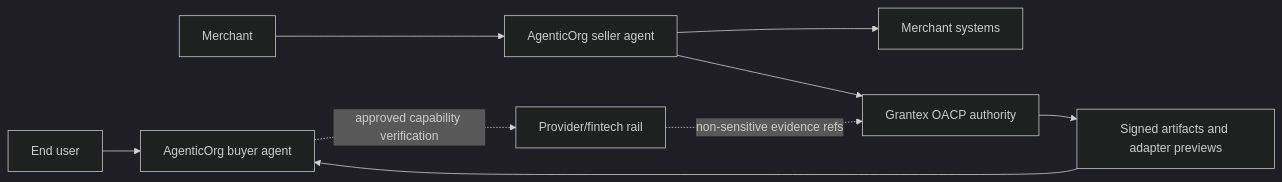
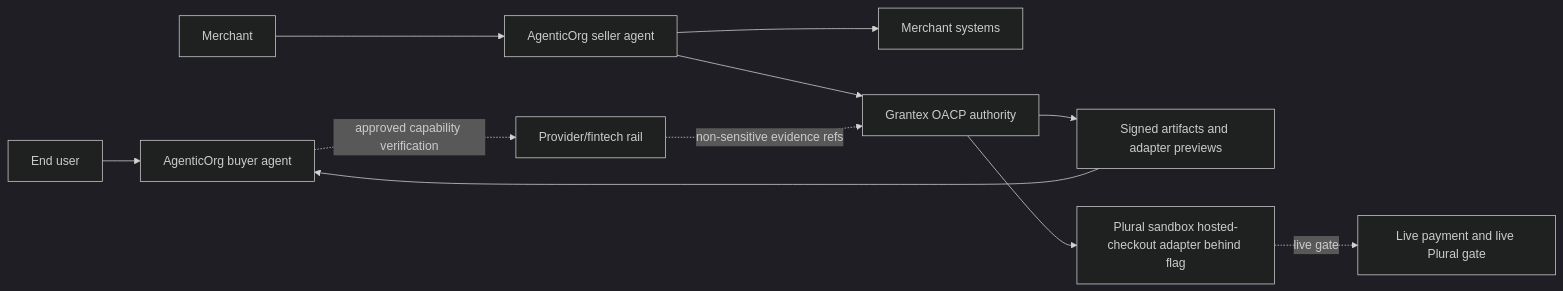
The first of 3 diagrams in docs/guides/commerce-v1-overview.mdx (mishrasanjeev/grantex), drawn with Mermaid (dark theme) before and after one commit. The commit also changed other lines of this file and 38 other files, not shown here.

````diff
--- a/docs/guides/commerce-v1-overview.mdx
+++ b/docs/guides/commerce-v1-overview.mdx
@@ -45,11 +47,13 @@
 ```mermaid
 flowchart LR
   buyer[End user] --> agent[AgenticOrg buyer agent]
   seller[Merchant] --> selleragent[AgenticOrg seller agent]
   selleragent --> systems[Merchant systems]
   selleragent --> grantex[Grantex OACP authority]
   grantex --> artifacts[Signed artifacts and adapter previews]
   artifacts --> agent
+  grantex --> pluralSandbox[Plural sandbox hosted-checkout adapter behind flag]
+  pluralSandbox -. live gate .-> live[Live payment and live Plural gate]
   agent -. approved capability verification .-> provider[Provider/fintech rail]
   provider -. non-sensitive evidence refs .-> grantex
 ```
````
